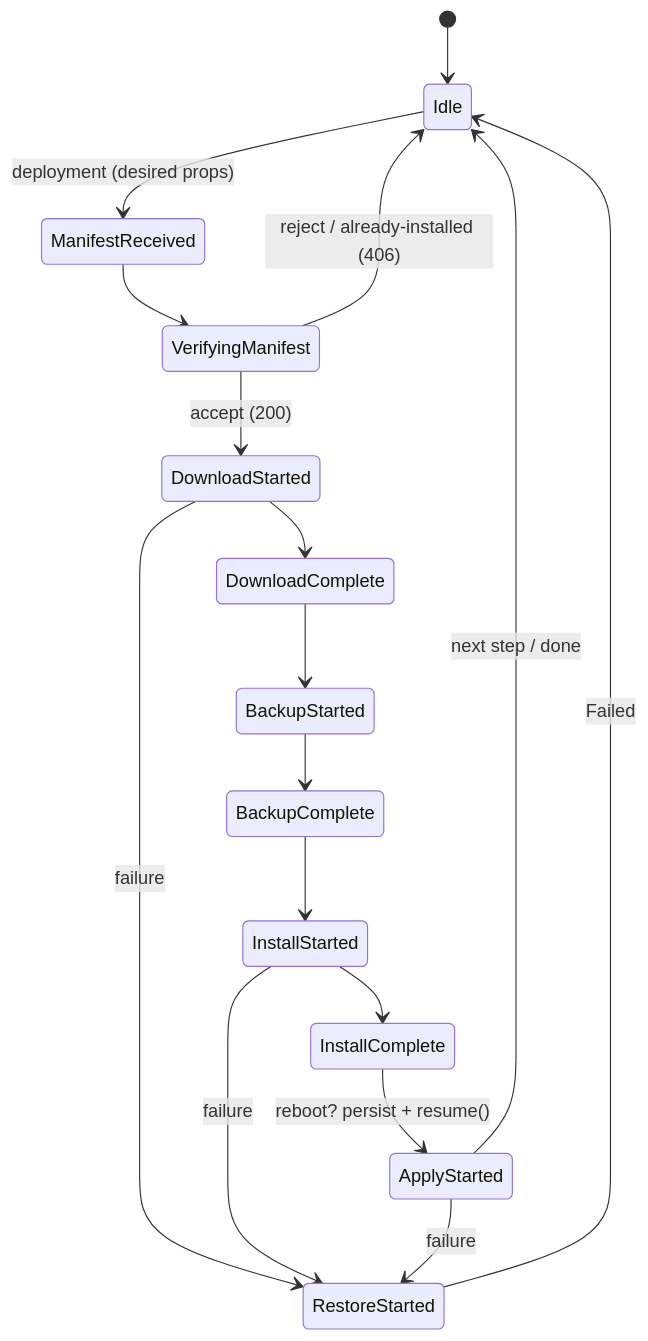
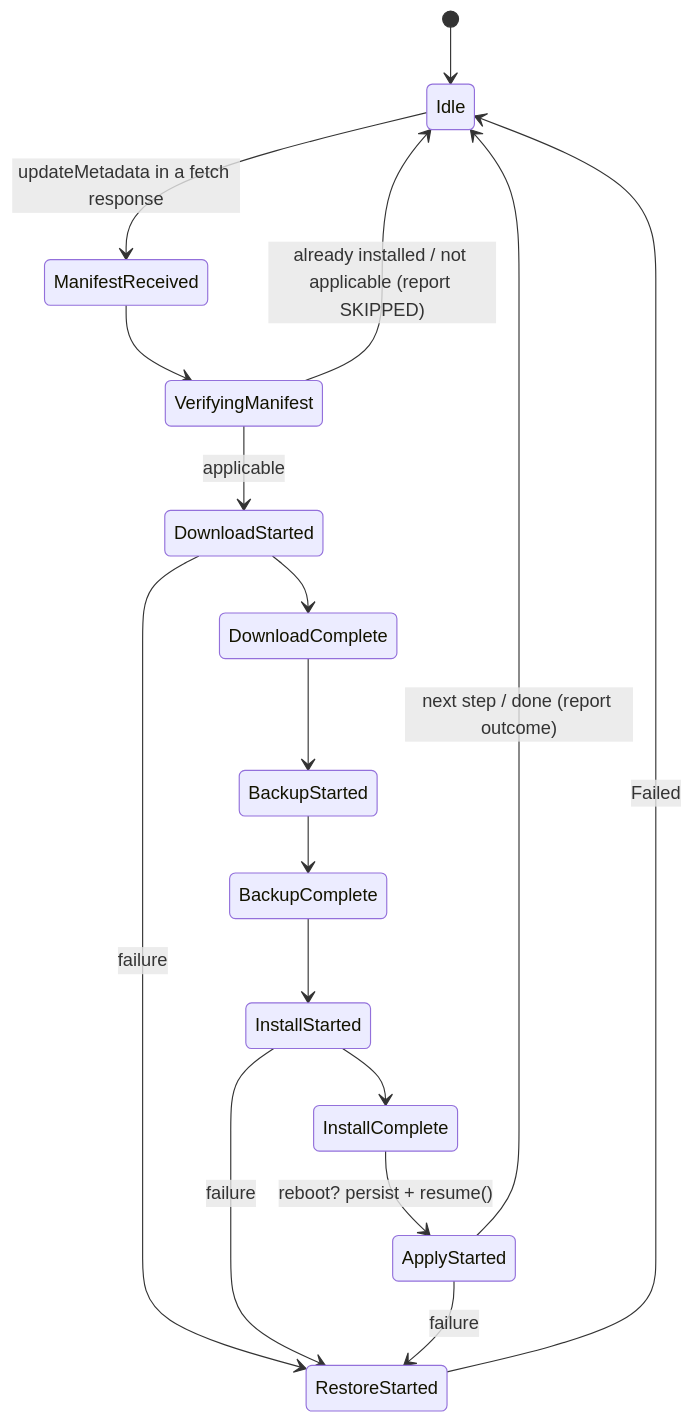
The second of 4 diagrams in c/docs/eng/adu-client-plan.md (Azure/azure-iot-sdk), drawn with Mermaid before and after one commit. The commit also changed other lines of this file and 11 other files, not shown here.

````diff
--- a/c/docs/eng/adu-client-plan.md
+++ b/c/docs/eng/adu-client-plan.md
@@ -155,19 +216,19 @@
 ```mermaid
 stateDiagram-v2
     [*] --> Idle
-    Idle --> ManifestReceived: deployment (desired props)
+    Idle --> ManifestReceived: updateMetadata in a fetch response
     ManifestReceived --> VerifyingManifest
-    VerifyingManifest --> Idle: reject / already-installed (406)
-    VerifyingManifest --> DownloadStarted: accept (200)
+    VerifyingManifest --> Idle: already installed / not applicable (report SKIPPED)
+    VerifyingManifest --> DownloadStarted: applicable
     DownloadStarted --> DownloadComplete
     DownloadComplete --> BackupStarted
     BackupStarted --> BackupComplete
     BackupComplete --> InstallStarted
     InstallStarted --> InstallComplete
     InstallComplete --> ApplyStarted: reboot? persist + resume()
-    ApplyStarted --> Idle: next step / done
+    ApplyStarted --> Idle: next step / done (report outcome)
     DownloadStarted --> RestoreStarted: failure
     InstallStarted --> RestoreStarted: failure
     ApplyStarted --> RestoreStarted: failure
     RestoreStarted --> Idle: Failed
 ```
````
